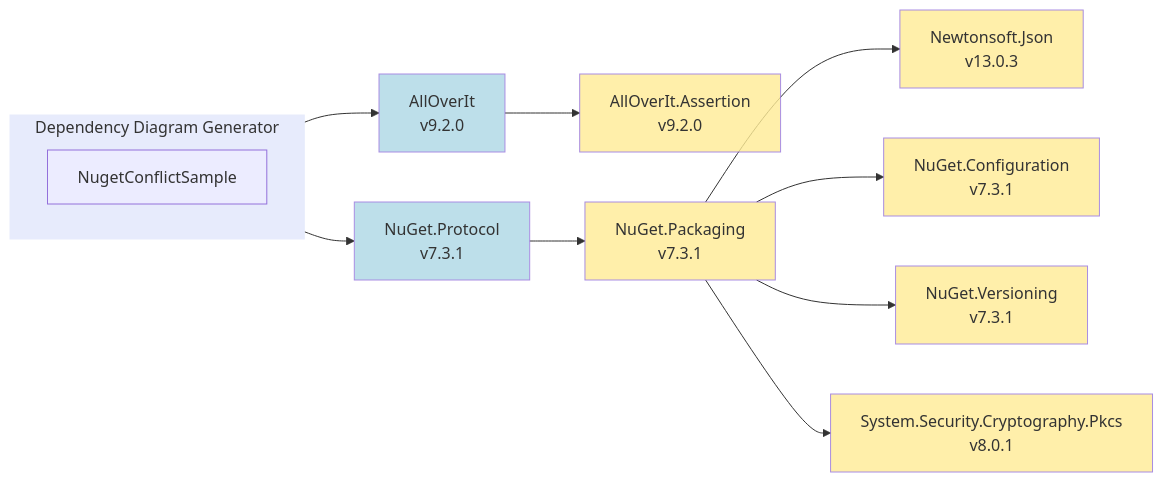
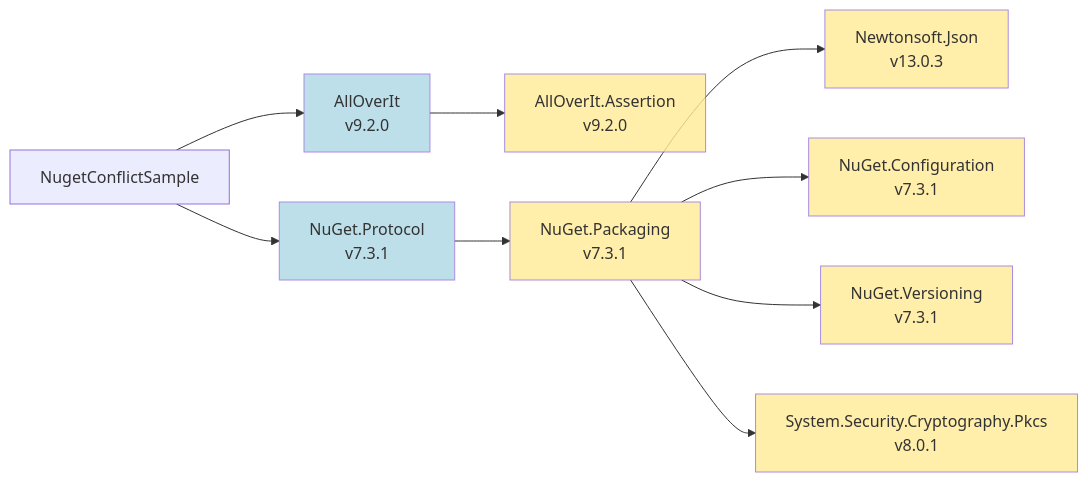
One commit to mjfreelancing/SlnDependencyDiagramGenerator changed the diagram in Samples/Output/net10.0/mmd/nugetconflictsample.mmd. Above: the diagram before and after it, drawn with Mermaid. The commit also changed 71 other files, not shown here.

Commit message:
Add support in sample app for config file overrides using env variable - allows per diagram config overrides

```diff
--- a/Samples/Output/net10.0/mmd/nugetconflictsample.mmd
+++ b/Samples/Output/net10.0/mmd/nugetconflictsample.mmd
@@ -1,30 +1,26 @@
 flowchart LR
-  subgraph ddg["Dependency Diagram Generator"]
-    direction LR
-    ddg_nugetconflictsample["NugetConflictSample"]
-  end
+  nugetconflictsample["NugetConflictSample"]
   alloverit_9-2-0["AllOverIt<br>v9.2.0"]
   alloverit-assertion_9-2-0["AllOverIt.Assertion<br>v9.2.0"]
   nuget-protocol_7-3-1["NuGet.Protocol<br>v7.3.1"]
   nuget-packaging_7-3-1["NuGet.Packaging<br>v7.3.1"]
   newtonsoft-json_13-0-3["Newtonsoft.Json<br>v13.0.3"]
   nuget-configuration_7-3-1["NuGet.Configuration<br>v7.3.1"]
   nuget-versioning_7-3-1["NuGet.Versioning<br>v7.3.1"]
   system-security-cryptography-pkcs_8-0-1["System.Security.Cryptography.Pkcs<br>v8.0.1"]
-  ddg_nugetconflictsample --> alloverit_9-2-0
+  nugetconflictsample --> alloverit_9-2-0
   alloverit_9-2-0 --> alloverit-assertion_9-2-0
-  ddg_nugetconflictsample --> nuget-protocol_7-3-1
+  nugetconflictsample --> nuget-protocol_7-3-1
   nuget-protocol_7-3-1 --> nuget-packaging_7-3-1
   nuget-packaging_7-3-1 --> newtonsoft-json_13-0-3
   nuget-packaging_7-3-1 --> nuget-configuration_7-3-1
   nuget-packaging_7-3-1 --> nuget-versioning_7-3-1
   nuget-packaging_7-3-1 --> system-security-cryptography-pkcs_8-0-1
-  style ddg fill:#E7EBFC,stroke:#E7EBFC,stroke-width:1px,opacity:1
   style alloverit_9-2-0 fill:#ADD8E6,opacity:0.8
   style alloverit-assertion_9-2-0 fill:#FFEC96,opacity:0.8
   style nuget-protocol_7-3-1 fill:#ADD8E6,opacity:0.8
   style nuget-packaging_7-3-1 fill:#FFEC96,opacity:0.8
   style newtonsoft-json_13-0-3 fill:#FFEC96,opacity:0.8
   style nuget-configuration_7-3-1 fill:#FFEC96,opacity:0.8
   style nuget-versioning_7-3-1 fill:#FFEC96,opacity:0.8
   style system-security-cryptography-pkcs_8-0-1 fill:#FFEC96,opacity:0.8
```
